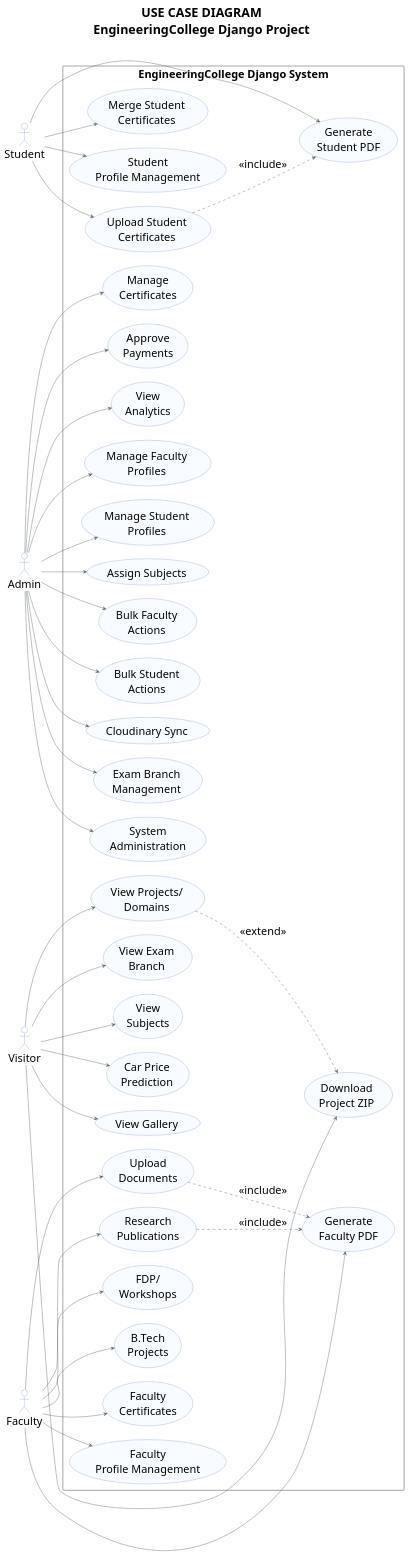
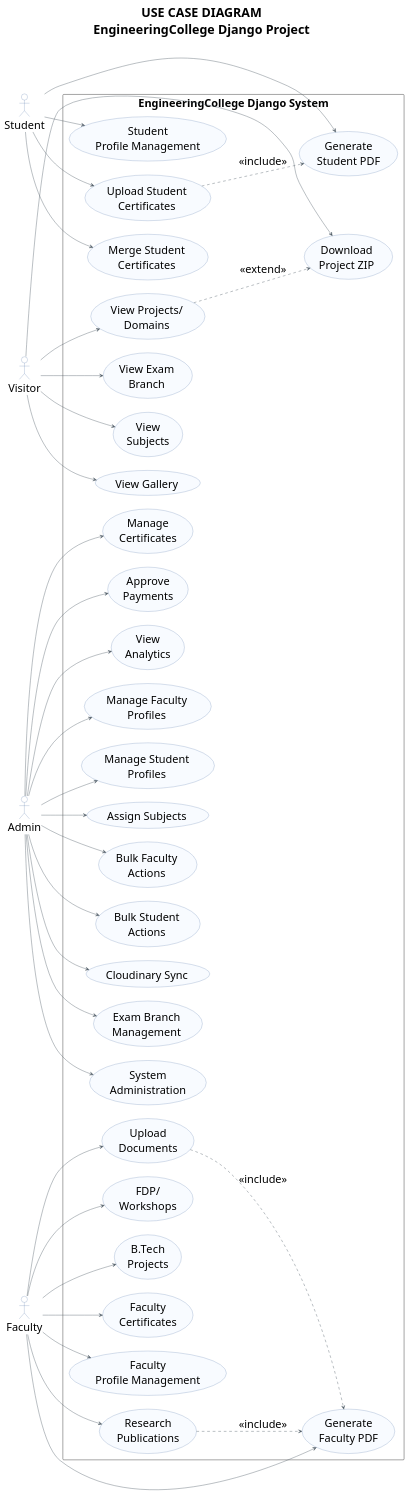
The diagram in project_domains/software-engineering/engineeringcollege-project/UML Diagrams/usecase_diagram.puml (kvijanrk13/engineeringcollege), drawn with PlantUML before and after one commit. The commit also changed 1 other file, not shown here.

Commit message:
Add ER diagram and remove Car Price from use case

```diff
--- a/project_domains/software-engineering/engineeringcollege-project/UML Diagrams/usecase_diagram.puml
+++ b/project_domains/software-engineering/engineeringcollege-project/UML Diagrams/usecase_diagram.puml
@@ -1,98 +1,96 @@
 @startuml
 title USE CASE DIAGRAM\nEngineeringCollege Django Project
 
 skinparam backgroundColor white
 skinparam shadowing false
 skinparam defaultFontName Arial
 skinparam defaultFontSize 28
 skinparam titleFontSize 32
 skinparam titleFontStyle bold
 skinparam noteFontSize 24
 skinparam usecase {
   BorderColor #2F5597
   BackgroundColor #F8FBFF
   ArrowColor #4F5B66
 }
 skinparam actor {
   BorderColor #2F5597
   BackgroundColor white
 }
 
 left to right direction
 
 actor "Admin" as Admin
 actor "Faculty" as Faculty
 actor "Student" as Student
 actor "Visitor" as Visitor
 
 rectangle "EngineeringCollege Django System" {
   usecase "Manage Faculty\nProfiles" as UC_AdminFaculty
   usecase "Manage Student\nProfiles" as UC_AdminStudent
   usecase "Assign Subjects" as UC_AssignSubjects
   usecase "Bulk Faculty\nActions" as UC_BulkFaculty
   usecase "Bulk Student\nActions" as UC_BulkStudent
   usecase "Cloudinary Sync" as UC_Cloudinary
   usecase "Exam Branch\nManagement" as UC_ExamBranch
   usecase "System\nAdministration" as UC_SystemAdmin
   usecase "Manage\nCertificates" as UC_CertAdmin
   usecase "Approve\nPayments" as UC_PaymentAdmin
   usecase "View\nAnalytics" as UC_Analytics
 
   usecase "Faculty\nProfile Management" as UC_FacultyProfile
   usecase "Upload\nDocuments" as UC_FacultyUpload
   usecase "Generate\nFaculty PDF" as UC_FacultyPDF
   usecase "Research\nPublications" as UC_Research
   usecase "FDP/\nWorkshops" as UC_FDP
   usecase "B.Tech\nProjects" as UC_BTech
   usecase "Faculty\nCertificates" as UC_FacultyCerts
 
   usecase "Student\nProfile Management" as UC_StudentProfile
   usecase "Upload Student\nCertificates" as UC_StudentUpload
   usecase "Generate\nStudent PDF" as UC_StudentPDF
   usecase "Merge Student\nCertificates" as UC_MergeCerts
 
   usecase "View Gallery" as UC_Gallery
   usecase "View Projects/\nDomains" as UC_Projects
   usecase "Download\nProject ZIP" as UC_Download
   usecase "View Exam\nBranch" as UC_Exam
   usecase "View\nSubjects" as UC_Subjects
-  usecase "Car Price\nPrediction" as UC_CarPrice
 }
 
 Admin --> UC_AdminFaculty
 Admin --> UC_AdminStudent
 Admin --> UC_AssignSubjects
 Admin --> UC_BulkFaculty
 Admin --> UC_BulkStudent
 Admin --> UC_Cloudinary
 Admin --> UC_ExamBranch
 Admin --> UC_SystemAdmin
 Admin --> UC_CertAdmin
 Admin --> UC_PaymentAdmin
 Admin --> UC_Analytics
 
 Faculty --> UC_FacultyProfile
 Faculty --> UC_FacultyUpload
 Faculty --> UC_FacultyPDF
 Faculty --> UC_Research
 Faculty --> UC_FDP
 Faculty --> UC_BTech
 Faculty --> UC_FacultyCerts
 
 Student --> UC_StudentProfile
 Student --> UC_StudentUpload
 Student --> UC_StudentPDF
 Student --> UC_MergeCerts
 
 Visitor --> UC_Gallery
 Visitor --> UC_Projects
 Visitor --> UC_Download
 Visitor --> UC_Exam
 Visitor --> UC_Subjects
-Visitor --> UC_CarPrice
 
 UC_FacultyUpload ..> UC_FacultyPDF : <<include>>
 UC_StudentUpload ..> UC_StudentPDF : <<include>>
 UC_Research ..> UC_FacultyPDF : <<include>>
 UC_Projects ..> UC_Download : <<extend>>
 @enduml
```
